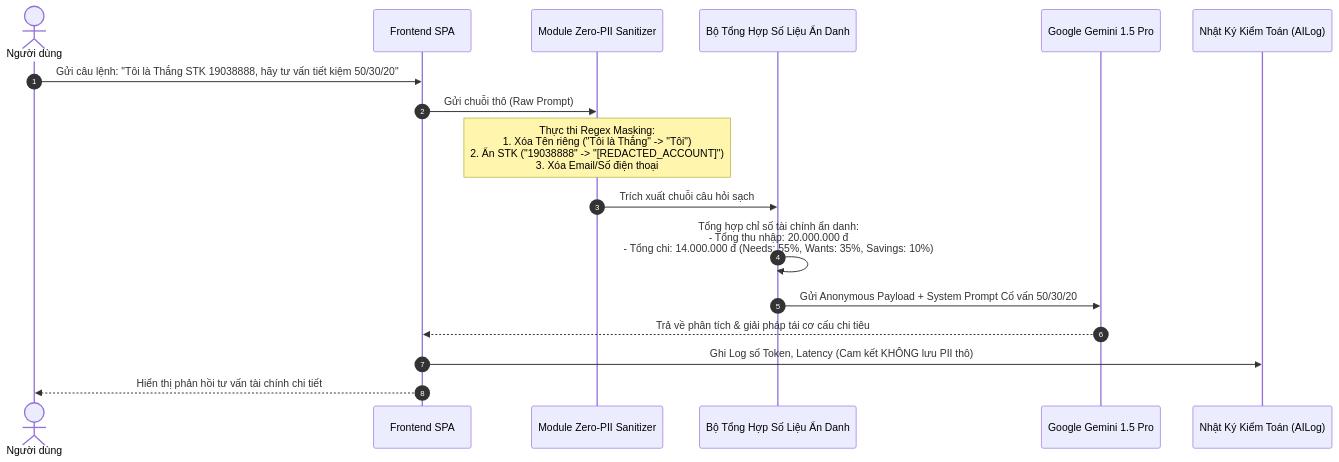
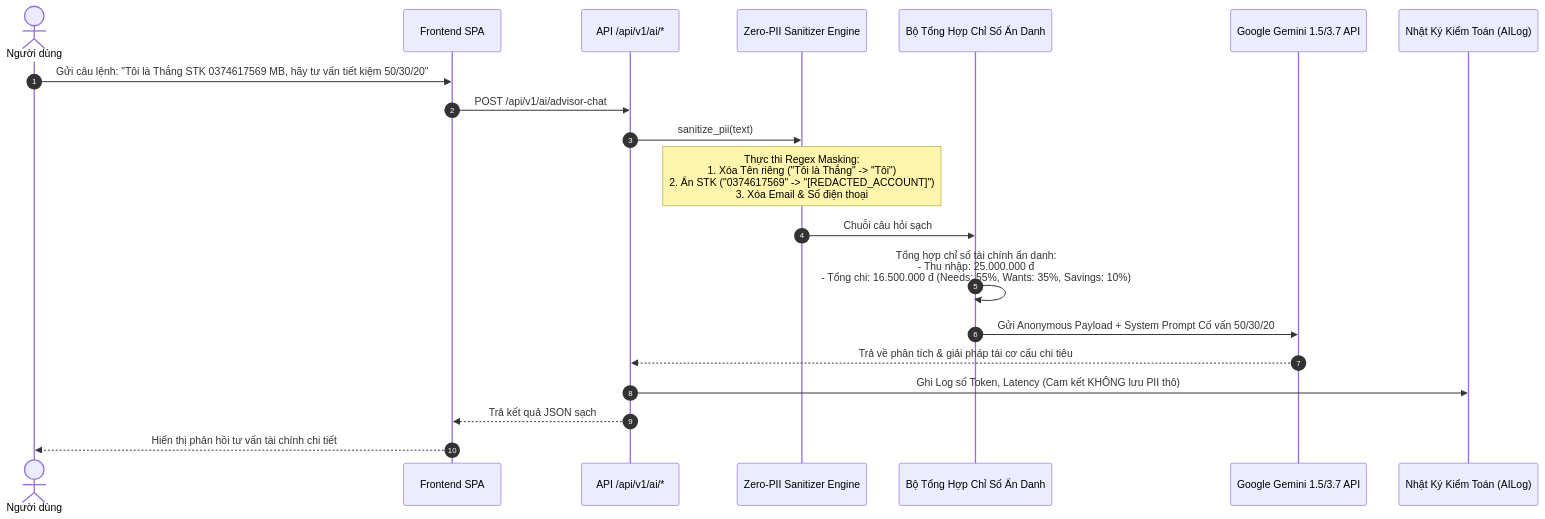
One commit to daysthang-ai/QuanLyChiTieuCaNhan changed the second of 5 diagrams in architecture.md. Above: the diagram before and after it, drawn with Mermaid. The commit also changed other lines of this file and 13 other files, not shown here.

````diff
--- a/architecture.md
+++ b/architecture.md
@@ -87,20 +106,23 @@
 ```mermaid
 sequenceDiagram
     autonumber
     actor User as Người dùng
     participant App as Frontend SPA
-    participant Sanitizer as Module Zero-PII Sanitizer
-    participant Context as Bộ Tổng Hợp Số Liệu Ẩn Danh
-    participant LLM as Google Gemini 1.5 Pro
+    participant Router as API /api/v1/ai/*
+    participant Sanitizer as Zero-PII Sanitizer Engine
+    participant Context as Bộ Tổng Hợp Chỉ Số Ẩn Danh
+    participant LLM as Google Gemini 1.5/3.7 API
     participant Audit as Nhật Ký Kiểm Toán (AILog)
 
-    User->>App: Gửi câu lệnh: "Tôi là Thắng STK 19038888, hãy tư vấn tiết kiệm 50/30/20"
-    App->>Sanitizer: Gửi chuỗi thô (Raw Prompt)
-    Note over Sanitizer: Thực thi Regex Masking:<br/>1. Xóa Tên riêng ("Tôi là Thắng" -> "Tôi")<br/>2. Ẩn STK ("19038888" -> "[REDACTED_ACCOUNT]")<br/>3. Xóa Email/Số điện thoại
-    Sanitizer->>Context: Trích xuất chuỗi câu hỏi sạch
-    Context->>Context: Tổng hợp chỉ số tài chính ẩn danh:<br/>- Tổng thu nhập: 20.000.000 đ<br/>- Tổng chi: 14.000.000 đ (Needs: 55%, Wants: 35%, Savings: 10%)
+    User->>App: Gửi câu lệnh: "Tôi là Thắng STK 0374617569 MB, hãy tư vấn tiết kiệm 50/30/20"
+    App->>Router: POST /api/v1/ai/advisor-chat
+    Router->>Sanitizer: sanitize_pii(text)
+    Note over Sanitizer: Thực thi Regex Masking:<br/>1. Xóa Tên riêng ("Tôi là Thắng" -> "Tôi")<br/>2. Ẩn STK ("0374617569" -> "[REDACTED_ACCOUNT]")<br/>3. Xóa Email & Số điện thoại
+    Sanitizer->>Context: Chuỗi câu hỏi sạch
+    Context->>Context: Tổng hợp chỉ số tài chính ẩn danh:<br/>- Thu nhập: 25.000.000 đ<br/>- Tổng chi: 16.500.000 đ (Needs: 55%, Wants: 35%, Savings: 10%)
     Context->>LLM: Gửi Anonymous Payload + System Prompt Cố vấn 50/30/20
-    LLM-->>App: Trả về phân tích & giải pháp tái cơ cấu chi tiêu
-    App->>Audit: Ghi Log số Token, Latency (Cam kết KHÔNG lưu PII thô)
+    LLM-->>Router: Trả về phân tích & giải pháp tái cơ cấu chi tiêu
+    Router->>Audit: Ghi Log số Token, Latency (Cam kết KHÔNG lưu PII thô)
+    Router-->>App: Trả kết quả JSON sạch
     App-->>User: Hiển thị phản hồi tư vấn tài chính chi tiết
 ```
````
